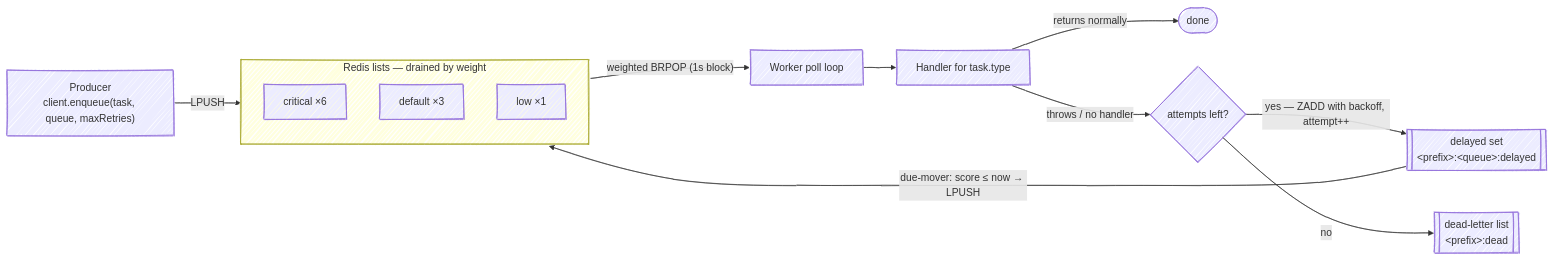
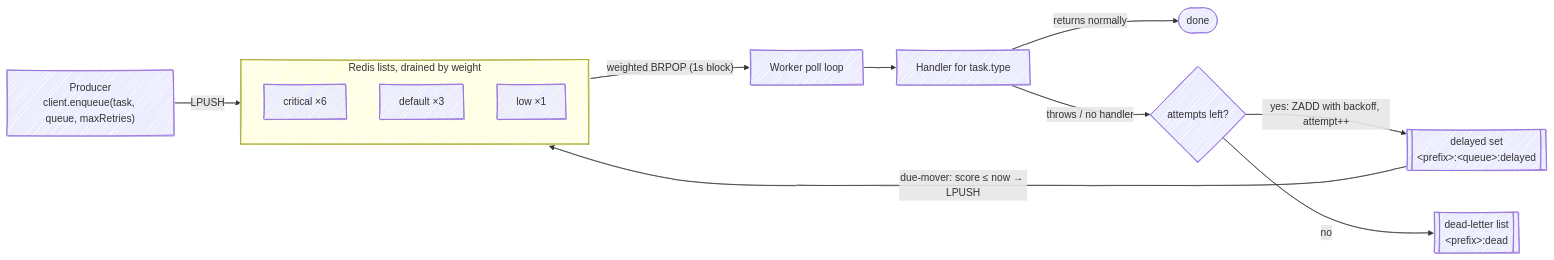
The first of 2 diagrams in README.md (Yusufihsangorgel/redis_task_queue), drawn with Mermaid before and after one commit. The commit also changed other lines of this file, not shown here.

````diff
--- a/README.md
+++ b/README.md
@@ -16,21 +16,21 @@
 ```mermaid
 ---
 config:
   look: handDrawn
 ---
 flowchart LR
     P["Producer<br/>client.enqueue(task, queue, maxRetries)"] -->|LPUSH| Q
-    subgraph Q["Redis lists — drained by weight"]
+    subgraph Q["Redis lists, drained by weight"]
       direction TB
       C["critical &times;6"]
       D["default &times;3"]
       L["low &times;1"]
     end
     Q -->|"weighted BRPOP (1s block)"| W["Worker poll loop"]
     W --> H["Handler for task.type"]
     H -->|returns normally| DONE(["done"])
     H -->|throws / no handler| R{"attempts left?"}
-    R -->|"yes — ZADD with backoff, attempt++"| Z[["delayed set<br/>&lt;prefix&gt;:&lt;queue&gt;:delayed"]]
+    R -->|"yes: ZADD with backoff, attempt++"| Z[["delayed set<br/>&lt;prefix&gt;:&lt;queue&gt;:delayed"]]
     Z -->|"due-mover: score &le; now &rarr; LPUSH"| Q
     R -->|no| DL[["dead-letter list<br/>&lt;prefix&gt;:dead"]]
 ```
````
